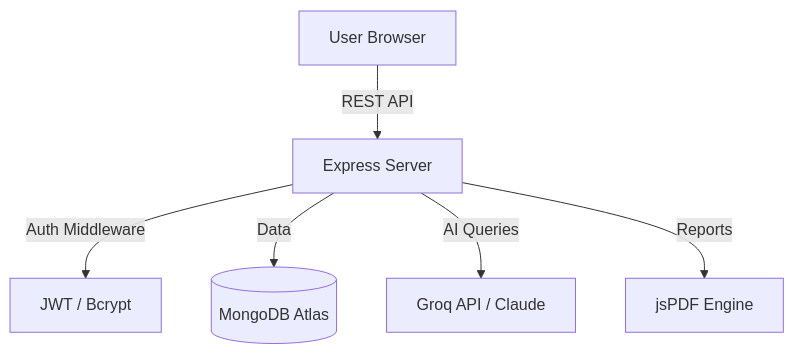
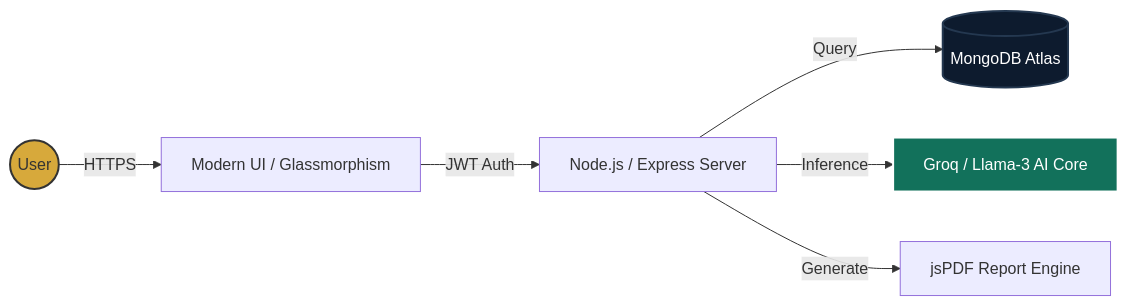
Before and after one commit to Pratik9008/Automated-Tax-Filing-Guide: the diagram in README.md, drawn with Mermaid. The commit also changed other lines of this file, not shown here.

````diff
--- a/README.md
+++ b/README.md
@@ -25,8 +27,12 @@
 ```mermaid
-graph TD
-    A[User Browser] -- REST API --> B[Express Server]
-    B -- Auth Middleware --> C[JWT / Bcrypt]
-    B -- Data --> D[(MongoDB Atlas)]
-    B -- AI Queries --> E[Groq API / Claude]
-    B -- Reports --> F[jsPDF Engine]
+graph LR
+    User((User)) -->|HTTPS| Frontend[Modern UI / Glassmorphism]
+    Frontend -->|JWT Auth| API[Node.js / Express Server]
+    API -->|Query| DB[(MongoDB Atlas)]
+    API -->|Inference| AI[Groq / Llama-3 AI Core]
+    API -->|Generate| PDF[jsPDF Report Engine]
+    
+    style User fill:#d7a93b,stroke:#333,stroke-width:2px
+    style AI fill:#12715b,stroke:#fff,stroke-width:2px,color:#fff
+    style DB fill:#0d1b2e,stroke:#243850,stroke-width:2px,color:#fff
 ```
````
